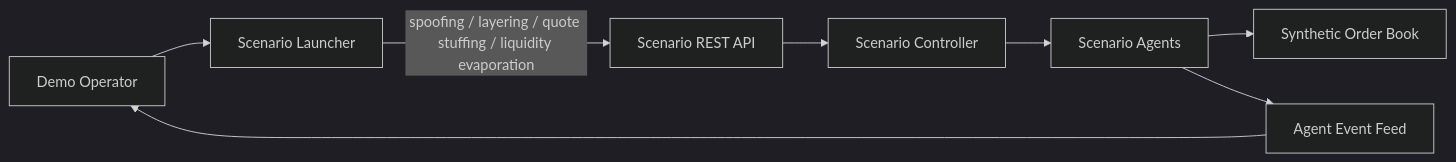
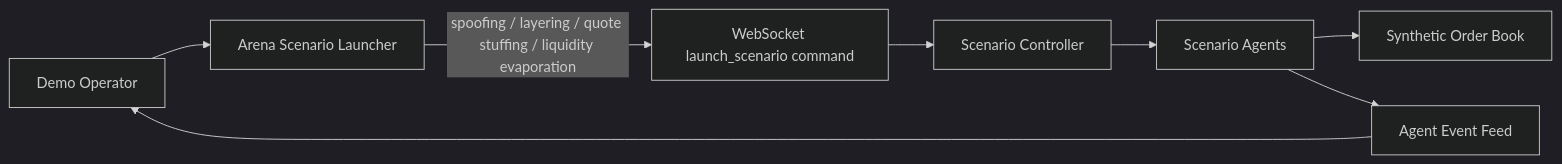
One commit to khab40/aimada changed the fourth of 10 diagrams in docs/USE_CASES.md. Above: the diagram before and after it, drawn with Mermaid (dark theme). The commit also changed other lines of this file and 32 other files, not shown here.

````diff
--- a/docs/USE_CASES.md
+++ b/docs/USE_CASES.md
@@ -151,18 +151,18 @@
 ```mermaid
 graph LR
     Operator["Demo Operator"]
-    Launcher["Scenario Launcher"]
-    API["Scenario REST API"]
+    Launcher["Arena Scenario Launcher"]
+    API["WebSocket launch_scenario command"]
     Controller["Scenario Controller"]
     ScenarioAgents["Scenario Agents"]
     OrderBook["Synthetic Order Book"]
     Feed["Agent Event Feed"]
 
     Operator --> Launcher
     Launcher -->|"spoofing / layering / quote stuffing / liquidity evaporation"| API
     API --> Controller
     Controller --> ScenarioAgents
     ScenarioAgents --> OrderBook
     ScenarioAgents --> Feed
     Feed --> Operator
 ```
````
